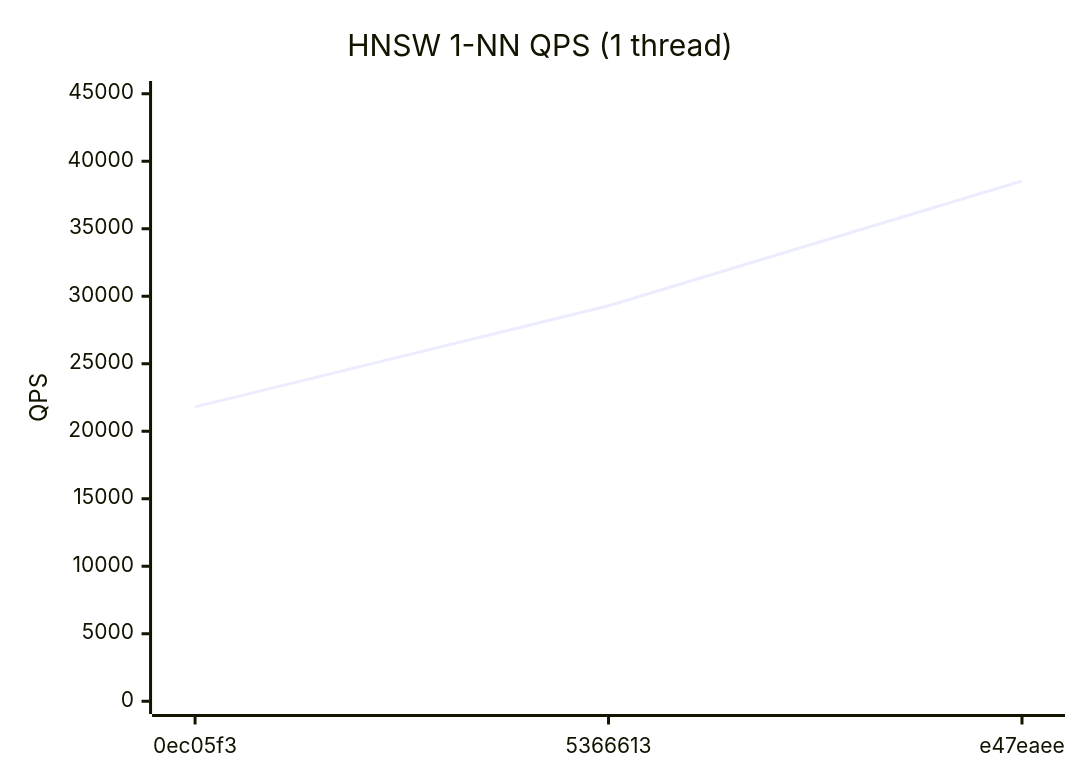
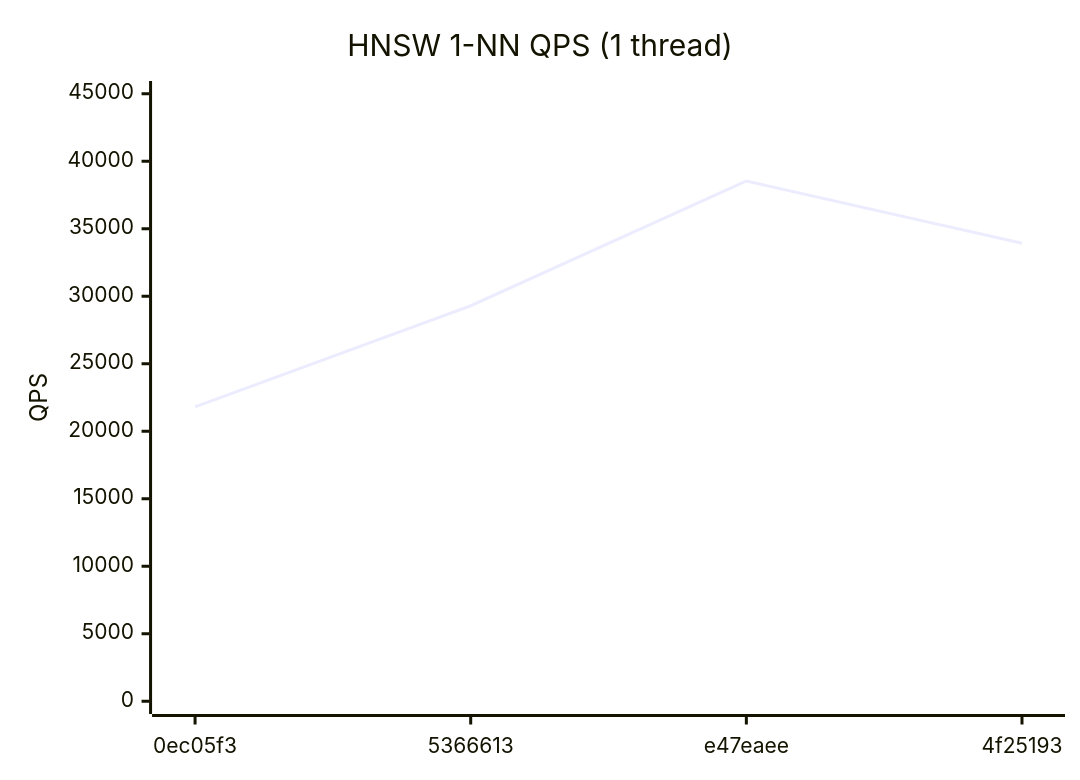
One commit to bibidhSubedi0/RedBoxDb changed the first of 4 diagrams in benchmarks/REPORT.md. Above: the diagram before and after it, drawn with Mermaid. The commit also changed other lines of this file and 1 other file, not shown here.

````diff
--- a/benchmarks/REPORT.md
+++ b/benchmarks/REPORT.md
@@ -19,7 +19,7 @@
 ```mermaid
 xychart-beta
   title "HNSW 1-NN QPS (1 thread)"
-  x-axis ["0ec05f3", "5366613", "e47eaee"]
+  x-axis ["0ec05f3", "5366613", "e47eaee", "4f25193"]
   y-axis "QPS" 0 --> 45000
-  line [21803, 29297, 38537]
+  line [21803, 29297, 38537, 33923]
 ```
````
